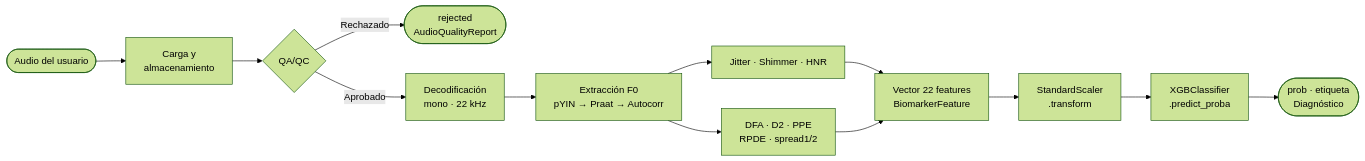
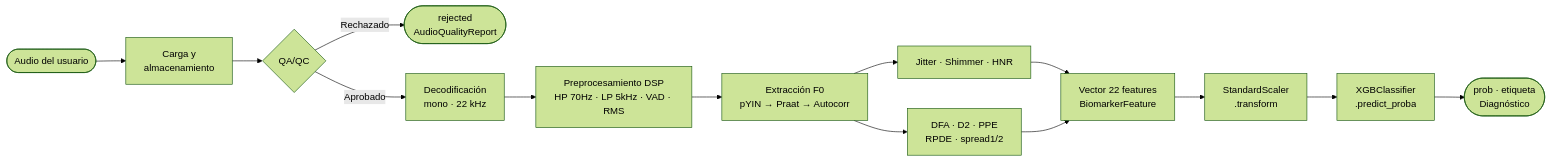
The third of 3 diagrams in Documentacion/MedDiag2_paper_corregido.md (admaesmo/MedDiag2), drawn with Mermaid (forest theme) before and after one commit. The commit also changed other lines of this file and 10 other files, not shown here.

````diff
--- a/Documentacion/MedDiag2_paper_corregido.md
+++ b/Documentacion/MedDiag2_paper_corregido.md
@@ -475,15 +546,16 @@
 ```mermaid
 flowchart LR
     A([Audio del usuario]) --> B[Carga y\nalmacenamiento]
     B --> C{QA/QC}
     C -->|Rechazado| D([rejected\nAudioQualityReport])
     C -->|Aprobado| E[Decodificación\nmono · 22 kHz]
-    E --> F[Extracción F0\npYIN → Praat → Autocorr]
+    E --> P[Preprocesamiento DSP\nHP 70Hz · LP 5kHz · VAD · RMS]
+    P --> F[Extracción F0\npYIN → Praat → Autocorr]
     F --> G[Jitter · Shimmer · HNR]
     F --> H[DFA · D2 · PPE\nRPDE · spread1/2]
     G --> I[Vector 22 features\nBiomarkerFeature]
     H --> I
     I --> J[StandardScaler\n.transform]
     J --> K[XGBClassifier\n.predict_proba]
     K --> L([prob · etiqueta\nDiagnóstico])
 ```
````
